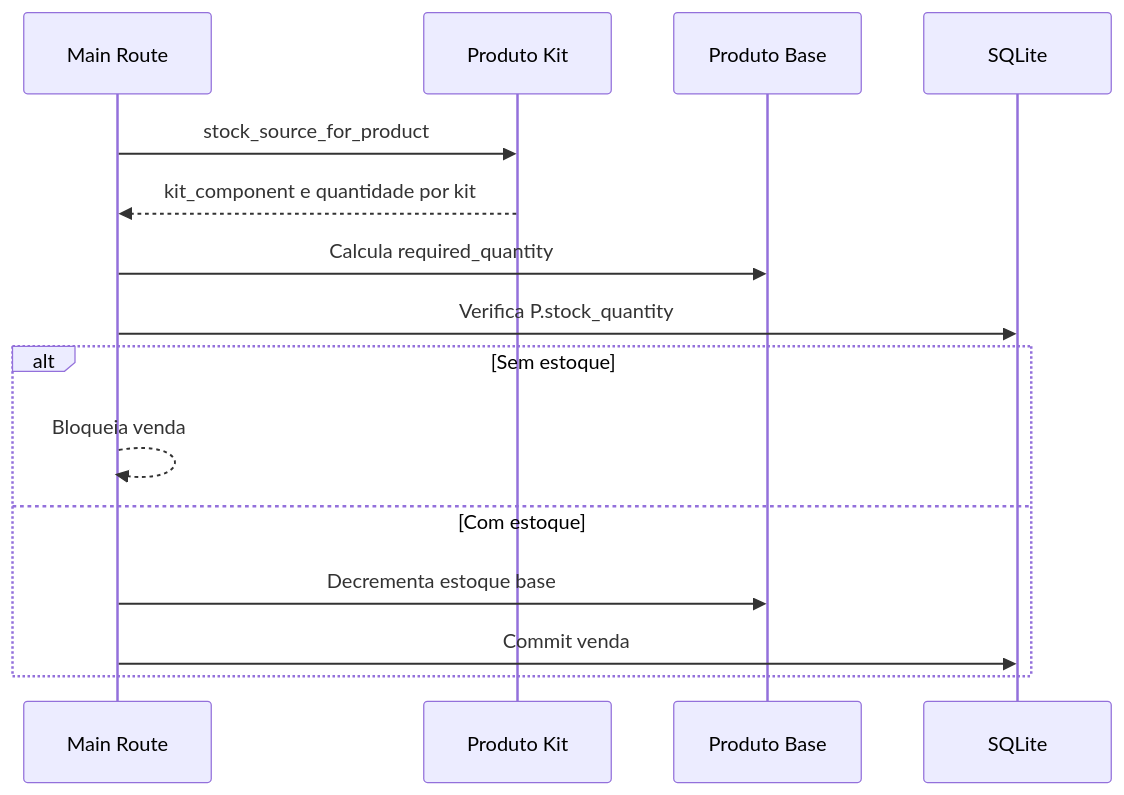
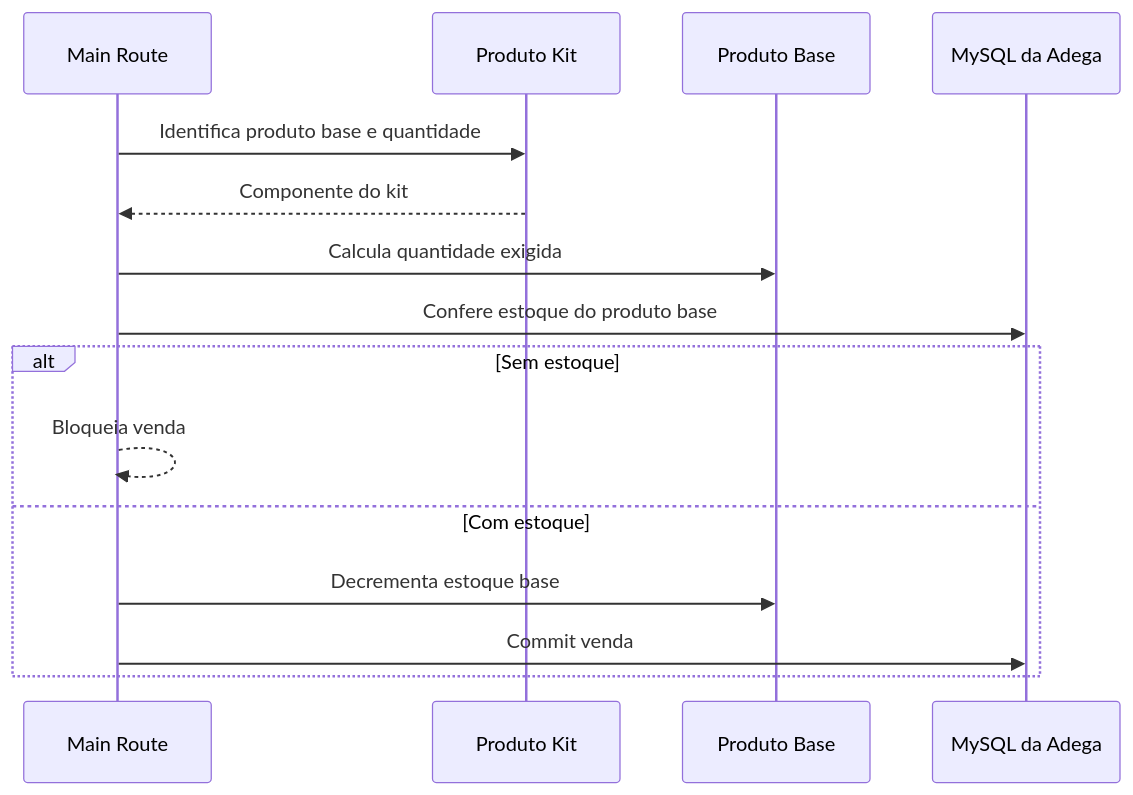
Before and after one commit to RafaelBG7/pdv2026: the fourth of 6 diagrams in docs/20-diagrama-sequencia.md, drawn with Mermaid. The commit also changed other lines of this file and 82 other files, not shown here.

````diff
--- a/docs/20-diagrama-sequencia.md
+++ b/docs/20-diagrama-sequencia.md
@@ -58,17 +76,17 @@
 ```mermaid
 sequenceDiagram
     participant R as Main Route
     participant K as Produto Kit
     participant P as Produto Base
-    participant DB as SQLite
-    R->>K: stock_source_for_product
-    K-->>R: kit_component e quantidade por kit
-    R->>P: Calcula required_quantity
-    R->>DB: Verifica P.stock_quantity
+    participant D as MySQL da Adega
+    R->>K: Identifica produto base e quantidade
+    K-->>R: Componente do kit
+    R->>P: Calcula quantidade exigida
+    R->>D: Confere estoque do produto base
     alt Sem estoque
         R-->>R: Bloqueia venda
     else Com estoque
         R->>P: Decrementa estoque base
-        R->>DB: Commit venda
+        R->>D: Commit venda
     end
 ```
````
